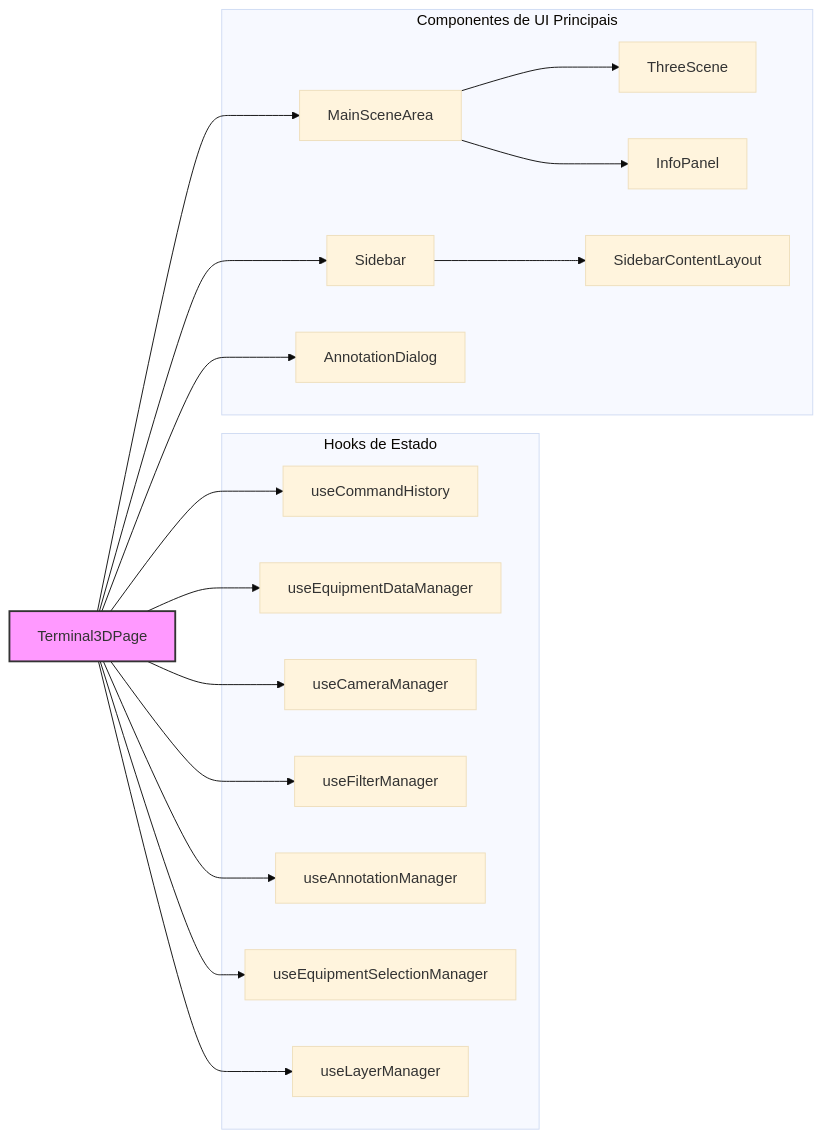
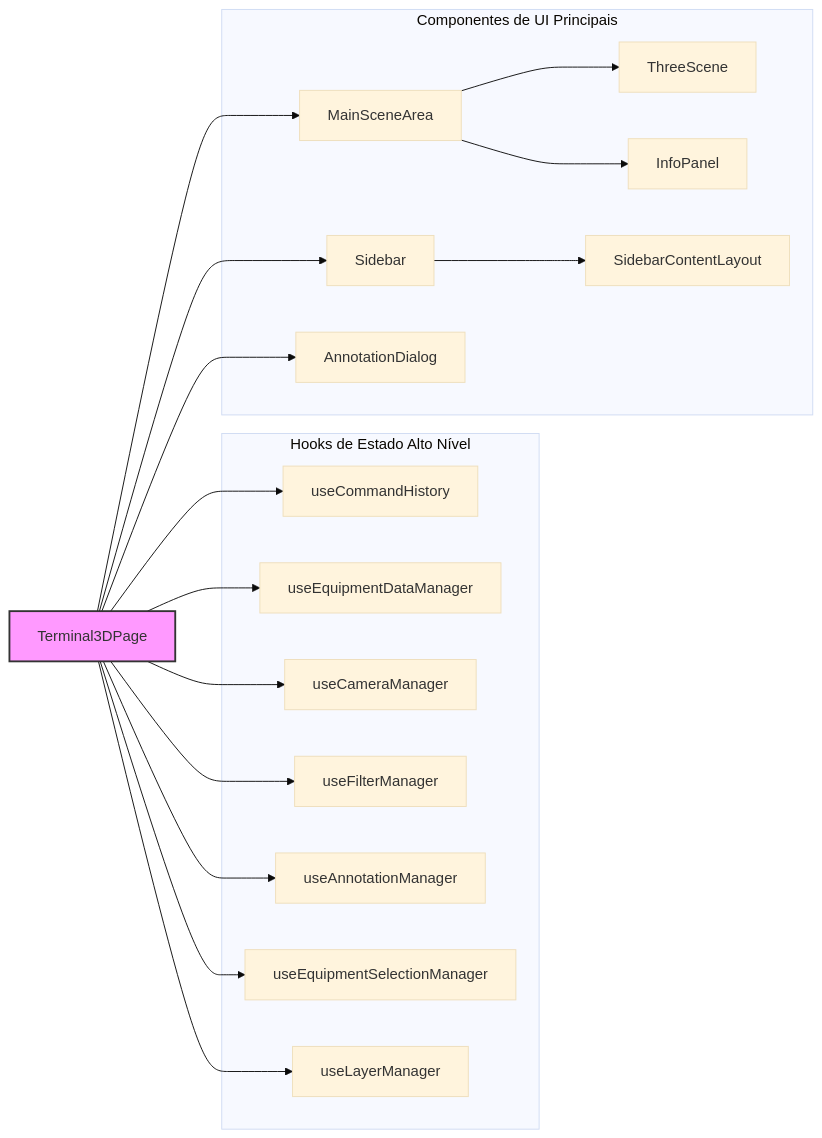
One commit to Dicommunitas/ThreeJS_Terminal_3D changed the first of 11 diagrams in documentation/api.md. Above: the diagram before and after it, drawn with Mermaid (base theme). The commit also changed other lines of this file and 274 other files, not shown here.

Commit message:
Atualizando documentação com diagramas.

````diff
--- a/documentation/api.md
+++ b/documentation/api.md
@@ -150,38 +149,39 @@
 ```mermaid
   graph LR
-    Terminal3DPage --> useCommandHistory
-    Terminal3DPage --> useEquipmentDataManager
-    Terminal3DPage --> useCameraManager
-    Terminal3DPage --> useFilterManager
-    Terminal3DPage --> useAnnotationManager
-    Terminal3DPage --> useEquipmentSelectionManager
-    Terminal3DPage --> useLayerManager
-    Terminal3DPage --> MainSceneArea
-    Terminal3DPage --> Sidebar
-    Terminal3DPage --> AnnotationDialog
+    Terminal3DPage["Terminal3DPage"] --> H_CmdHistory["useCommandHistory"];
+    Terminal3DPage --> H_EquipData["useEquipmentDataManager"];
+    Terminal3DPage --> H_CameraMgr["useCameraManager"];
+    Terminal3DPage --> H_FilterMgr["useFilterManager"];
+    Terminal3DPage --> H_AnnotMgr["useAnnotationManager"];
+    Terminal3DPage --> H_EquipSelectMgr["useEquipmentSelectionManager"];
+    Terminal3DPage --> H_LayerMgr["useLayerManager"];
 
-    MainSceneArea --> ThreeScene
-    MainSceneArea --> InfoPanel
-    Sidebar --> SidebarContentLayout
+    Terminal3DPage --> MainSceneArea_Comp["MainSceneArea"];
+    Terminal3DPage --> Sidebar_Comp["Sidebar"];
+    Terminal3DPage --> AnnotationDialog_Comp["AnnotationDialog"];
 
-    subgraph "Hooks de Estado"
-      useCommandHistory
-      useEquipmentDataManager
-      useCameraManager
-      useFilterManager
-      useAnnotationManager
-      useEquipmentSelectionManager
-      useLayerManager
+    MainSceneArea_Comp --> ThreeScene_Comp["ThreeScene"];
+    MainSceneArea_Comp --> InfoPanel_Comp["InfoPanel"];
+    Sidebar_Comp --> SidebarContentLayout_Comp["SidebarContentLayout"];
+
+    subgraph "Hooks de Estado Alto Nível"
+      H_CmdHistory;
+      H_EquipData;
+      H_CameraMgr;
+      H_FilterMgr;
+      H_AnnotMgr;
+      H_EquipSelectMgr;
+      H_LayerMgr;
     end
 
     subgraph "Componentes de UI Principais"
-      MainSceneArea
-      Sidebar
-      AnnotationDialog
-      InfoPanel
-      ThreeScene
-      SidebarContentLayout
+      MainSceneArea_Comp;
+      Sidebar_Comp;
+      AnnotationDialog_Comp;
+      InfoPanel_Comp;
+      ThreeScene_Comp;
+      SidebarContentLayout_Comp;
     end
 
     style Terminal3DPage fill:#f9f,stroke:#333,stroke-width:2px
 ```
````
